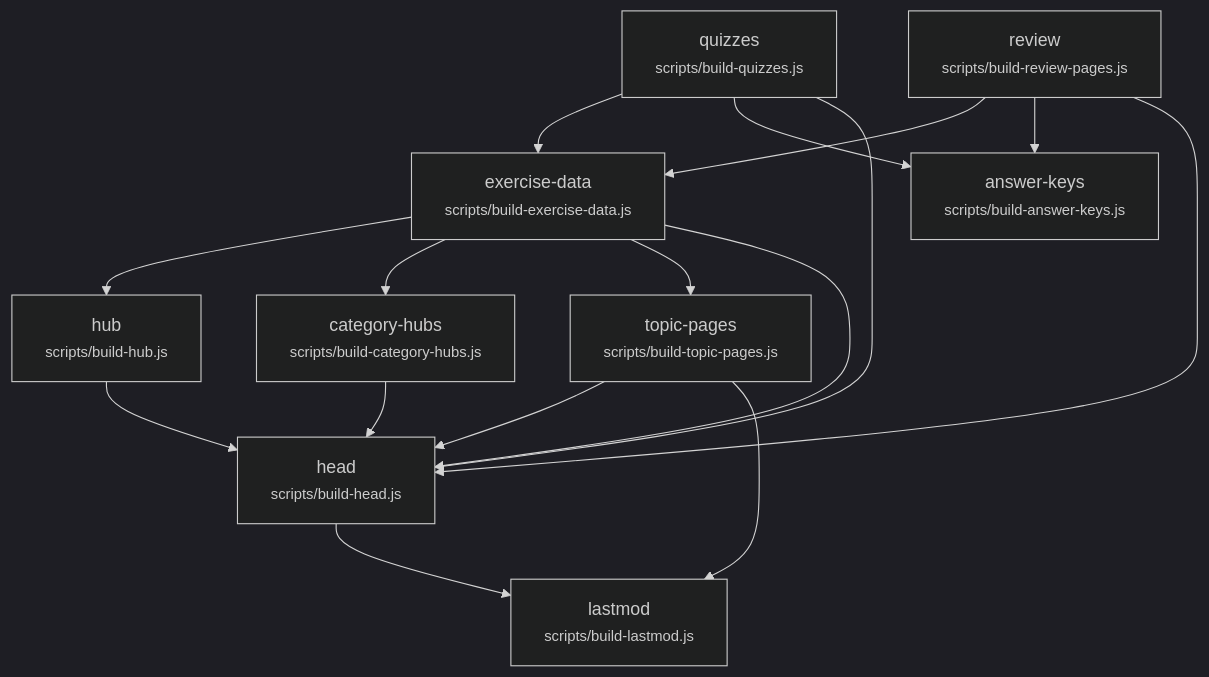
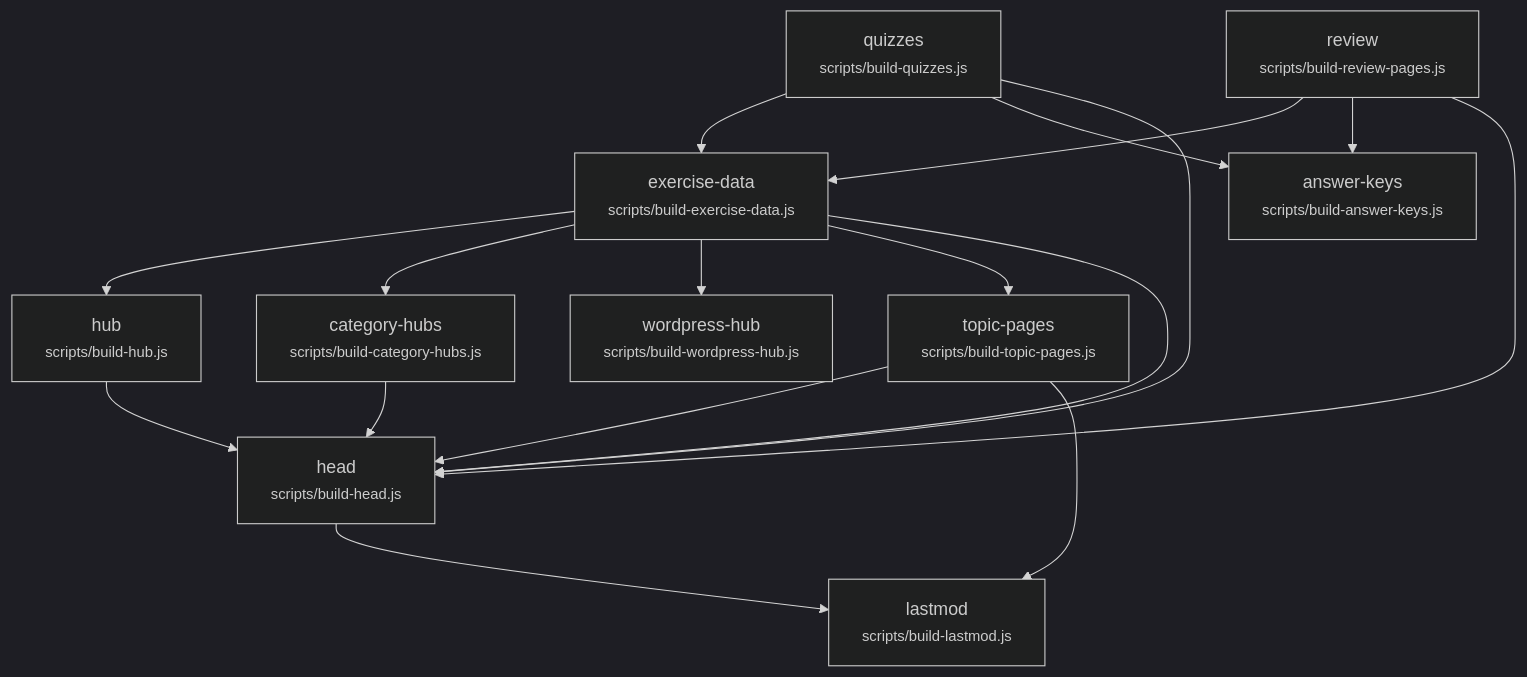
One commit to EnglishOnlineTraining/vocab-games changed the diagram in docs/build-graph.mmd. Above: the diagram before and after it, drawn with Mermaid (dark theme). The commit also changed 7 other files, not shown here.

```diff
--- a/docs/build-graph.mmd
+++ b/docs/build-graph.mmd
@@ -1,27 +1,29 @@
 %% GENERATED by scripts/build.js --write-graph — do not edit by hand.
 %% Run `node scripts/build.js --write-graph` after changing scripts/pipeline.js.
 graph TD
   quizzes["quizzes<br/><small>scripts/build-quizzes.js</small>"]
   review["review<br/><small>scripts/build-review-pages.js</small>"]
   exercise_data["exercise-data<br/><small>scripts/build-exercise-data.js</small>"]
   answer_keys["answer-keys<br/><small>scripts/build-answer-keys.js</small>"]
   hub["hub<br/><small>scripts/build-hub.js</small>"]
   category_hubs["category-hubs<br/><small>scripts/build-category-hubs.js</small>"]
+  wordpress_hub["wordpress-hub<br/><small>scripts/build-wordpress-hub.js</small>"]
   topic_pages["topic-pages<br/><small>scripts/build-topic-pages.js</small>"]
   head["head<br/><small>scripts/build-head.js</small>"]
   lastmod["lastmod<br/><small>scripts/build-lastmod.js</small>"]
   quizzes --> exercise_data
   review --> exercise_data
   quizzes --> answer_keys
   review --> answer_keys
   exercise_data --> hub
   exercise_data --> category_hubs
+  exercise_data --> wordpress_hub
   exercise_data --> topic_pages
   hub --> head
   category_hubs --> head
   topic_pages --> head
   quizzes --> head
   review --> head
   exercise_data --> head
   head --> lastmod
   topic_pages --> lastmod
```
